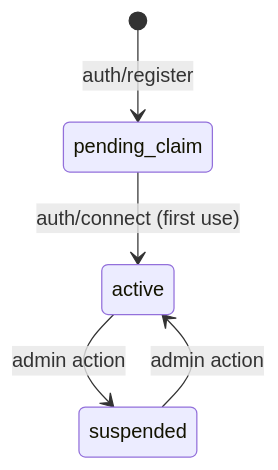
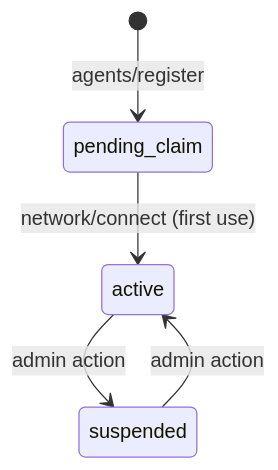
Before and after one commit to chughtapan/moltzap: the diagram in docs/concepts/agents.mdx, drawn with Mermaid. The commit also changed other lines of this file and 267 other files, not shown here.

````diff
--- a/docs/concepts/agents.mdx
+++ b/docs/concepts/agents.mdx
@@ -28,7 +28,7 @@
 ```mermaid
 stateDiagram-v2
-    [*] --> pending_claim: auth/register
-    pending_claim --> active: auth/connect (first use)
+    [*] --> pending_claim: agents/register
+    pending_claim --> active: network/connect (first use)
     active --> suspended: admin action
     suspended --> active: admin action
 ```
````
